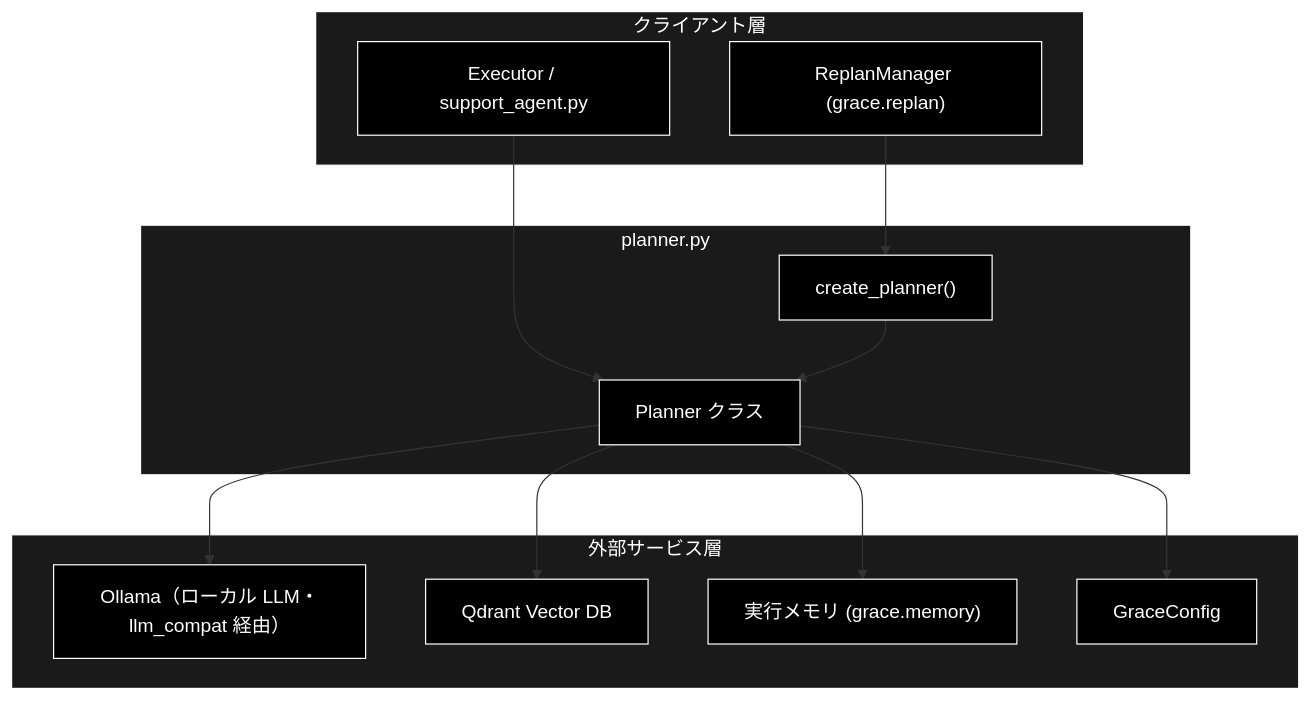
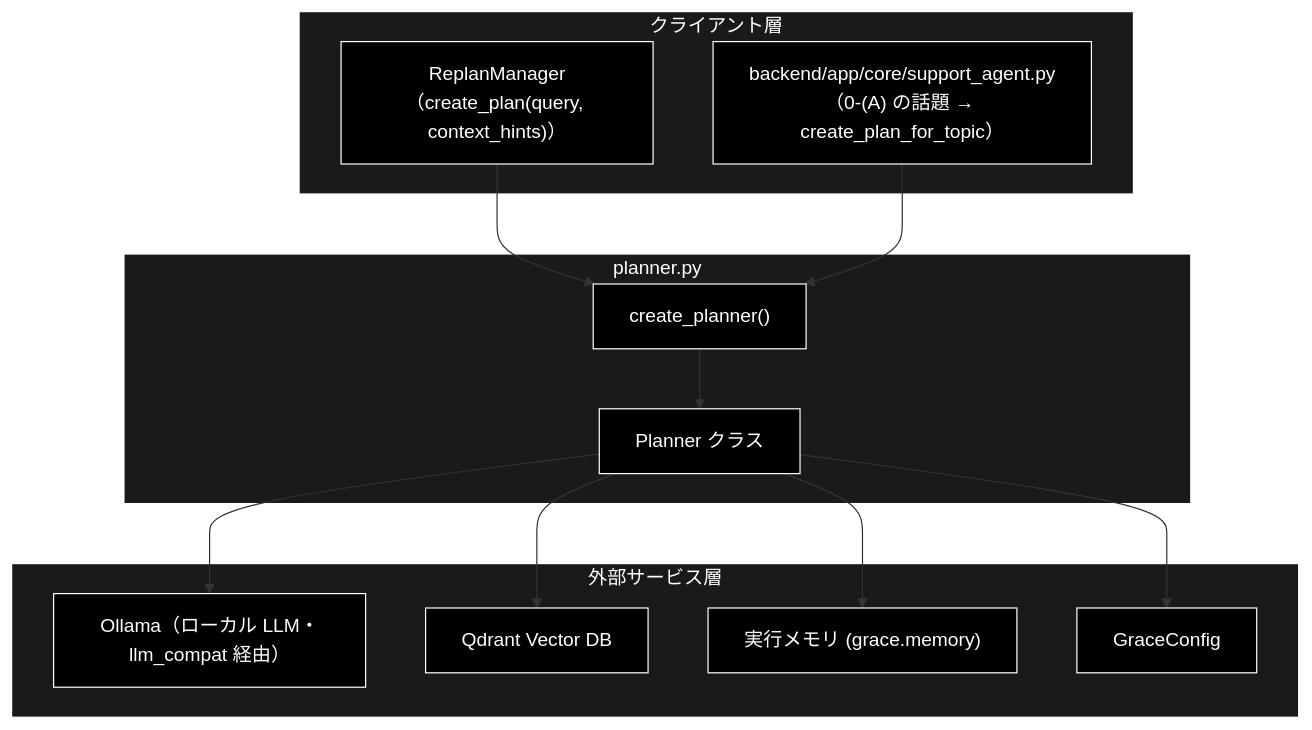
Before and after one commit to nakashima2toshio/grace_v2_local: the first of 3 diagrams in grace/docs/planner.md, drawn with Mermaid. The commit also changed other lines of this file and 24 other files, not shown here.

````diff
--- a/grace/docs/planner.md
+++ b/grace/docs/planner.md
@@ -92,33 +93,33 @@
 ```mermaid
 flowchart TB
     subgraph CLIENT["クライアント層"]
-        ORCH["Executor / support_agent.py"]
-        REPLAN["ReplanManager (grace.replan)"]
+        UI["backend/app/core/support_agent.py<br>（0-(A) の話題 → create_plan_for_topic）"]
+        REPLAN["ReplanManager<br>（create_plan(query, context_hints)）"]
     end
 
     subgraph MODULE["planner.py"]
         PLANNER["Planner クラス"]
         FACTORY["create_planner()"]
     end
 
     subgraph EXTERNAL["外部サービス層"]
         LLM["Ollama（ローカル LLM・llm_compat 経由）"]
         QDRANT["Qdrant Vector DB"]
         MEMORY["実行メモリ (grace.memory)"]
         CONFIG["GraceConfig"]
     end
 
-    ORCH --> PLANNER
     REPLAN --> FACTORY
+    UI --> FACTORY
     FACTORY --> PLANNER
     PLANNER --> LLM
     PLANNER --> QDRANT
     PLANNER --> MEMORY
     PLANNER --> CONFIG
 classDef default fill:#000,stroke:#fff,color:#fff
 classDef subgraphStyle fill:#1a1a1a,stroke:#fff,color:#fff
-class ORCH,REPLAN,PLANNER,FACTORY,LLM,QDRANT,MEMORY,CONFIG default
+class REPLAN,UI,PLANNER,FACTORY,LLM,QDRANT,MEMORY,CONFIG default
 style CLIENT fill:#1a1a1a,stroke:#fff,color:#fff
 style MODULE fill:#1a1a1a,stroke:#fff,color:#fff
 style EXTERNAL fill:#1a1a1a,stroke:#fff,color:#fff
 ```
````
